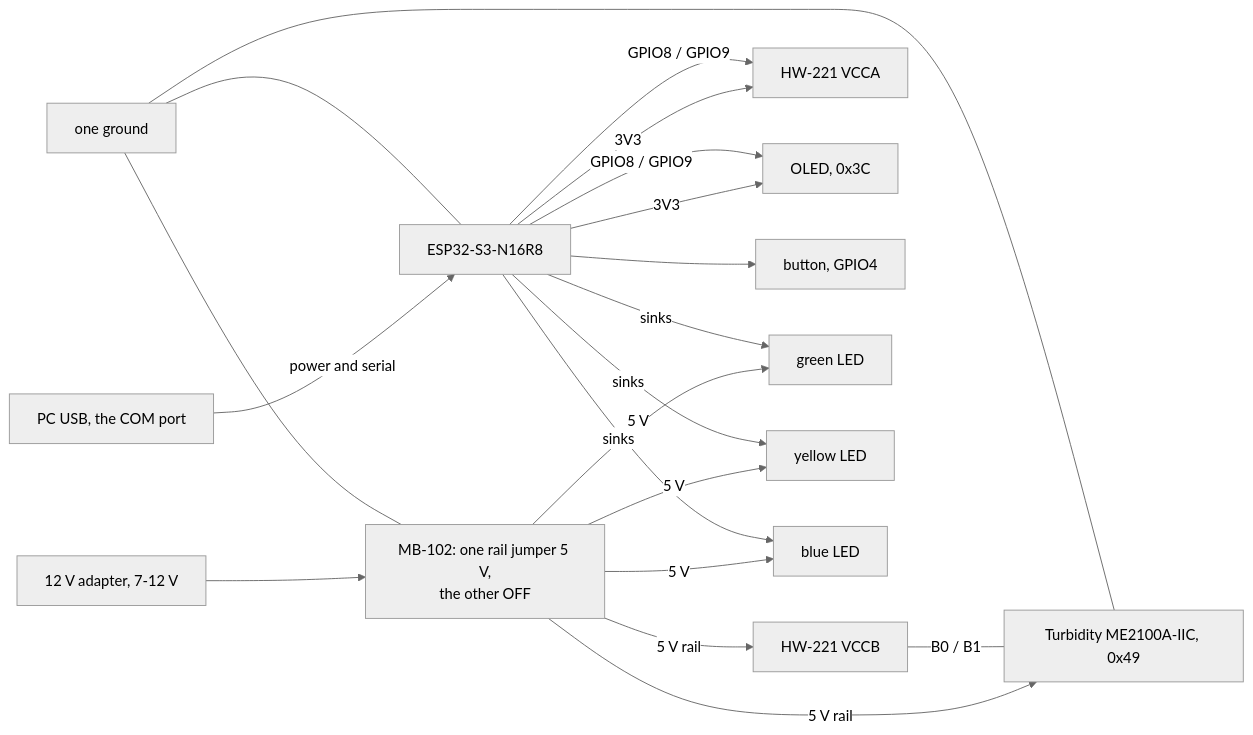
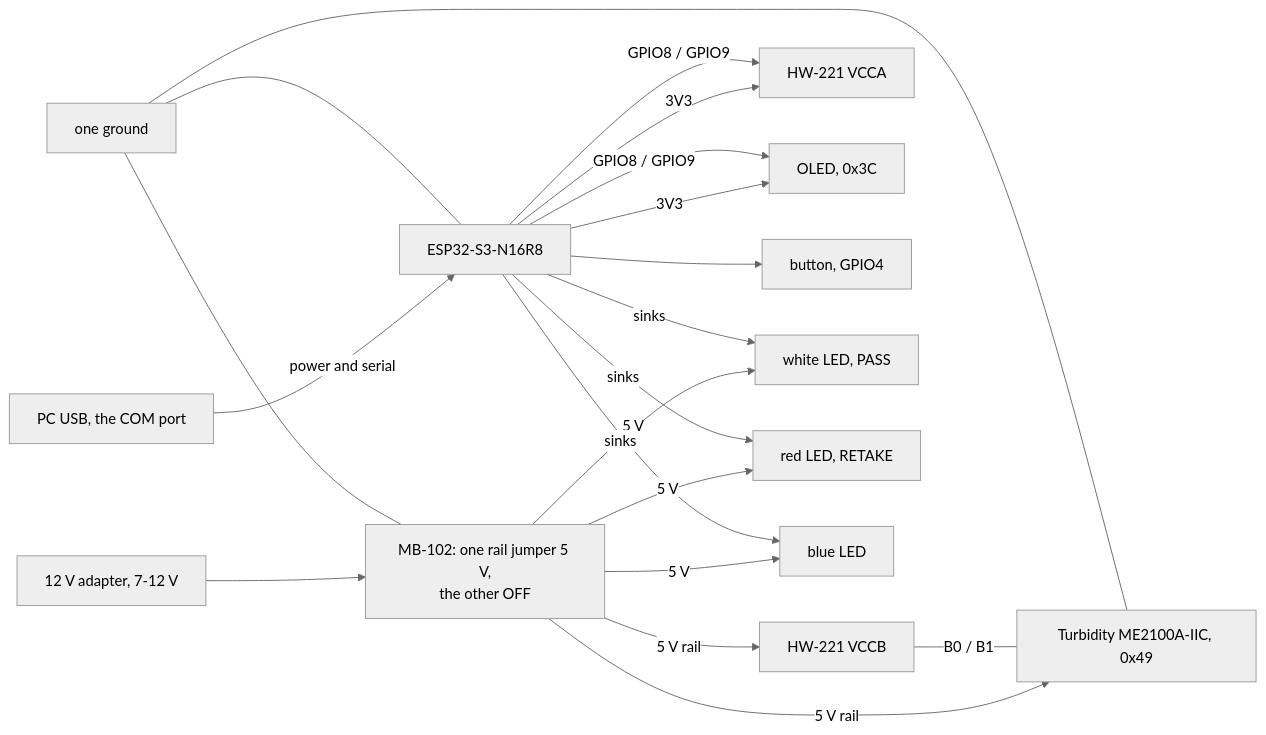
The diagram in docs/procurement-en.md (FrozenYty/aquavision), drawn with Mermaid (neutral theme) before and after one commit. The commit also changed other lines of this file and 15 other files, not shown here.

Commit message:
feat(rig): the lamps follow the screen, and the palette is white, red and blue (P3-17)

````diff
--- a/docs/procurement-en.md
+++ b/docs/procurement-en.md
@@ -121,22 +121,22 @@
 ```mermaid
 flowchart LR
   DC["12 V adapter, 7-12 V"] --> MB["MB-102: one rail jumper 5 V,<br/>the other OFF"]
   MB -->|"5 V rail"| S["Turbidity ME2100A-IIC, 0x49"]
   MB -->|"5 V rail"| HV["HW-221 VCCB"]
   HV ---|"B0 / B1"| S
   PC["PC USB, the COM port"] -->|"power and serial"| ESP["ESP32-S3-N16R8"]
   ESP -->|"3V3"| LV["HW-221 VCCA"]
   ESP -->|"3V3"| OLED["OLED, 0x3C"]
   ESP -->|"GPIO8 / GPIO9"| LV
   ESP -->|"GPIO8 / GPIO9"| OLED
   ESP --> B["button, GPIO4"]
-  MB -->|"5 V"| L1["green LED"]
+  MB -->|"5 V"| L1["white LED, PASS"]
   ESP -->|"sinks"| L1
-  MB -->|"5 V"| L2["yellow LED"]
+  MB -->|"5 V"| L2["red LED, RETAKE"]
   ESP -->|"sinks"| L2
   MB -->|"5 V"| L3["blue LED"]
   ESP -->|"sinks"| L3
   GND["one ground"] --- MB
   GND --- ESP
   GND --- S
 ```
````
